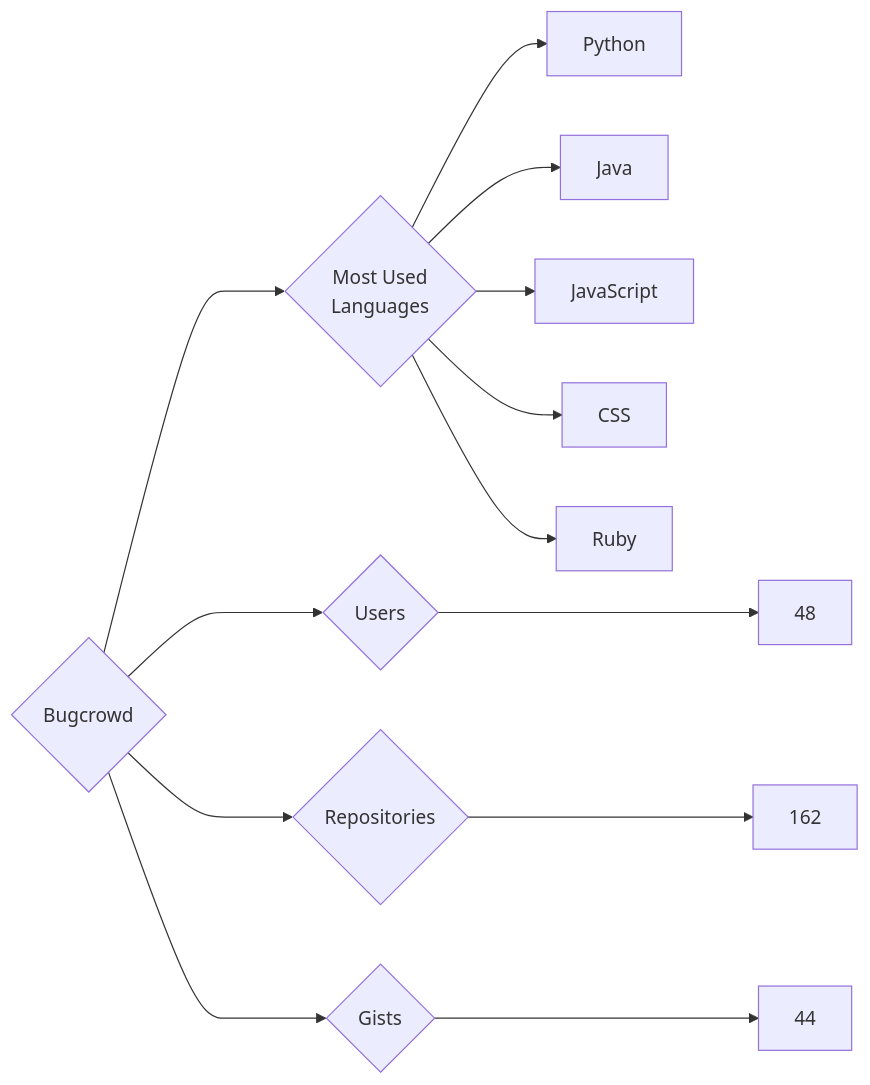
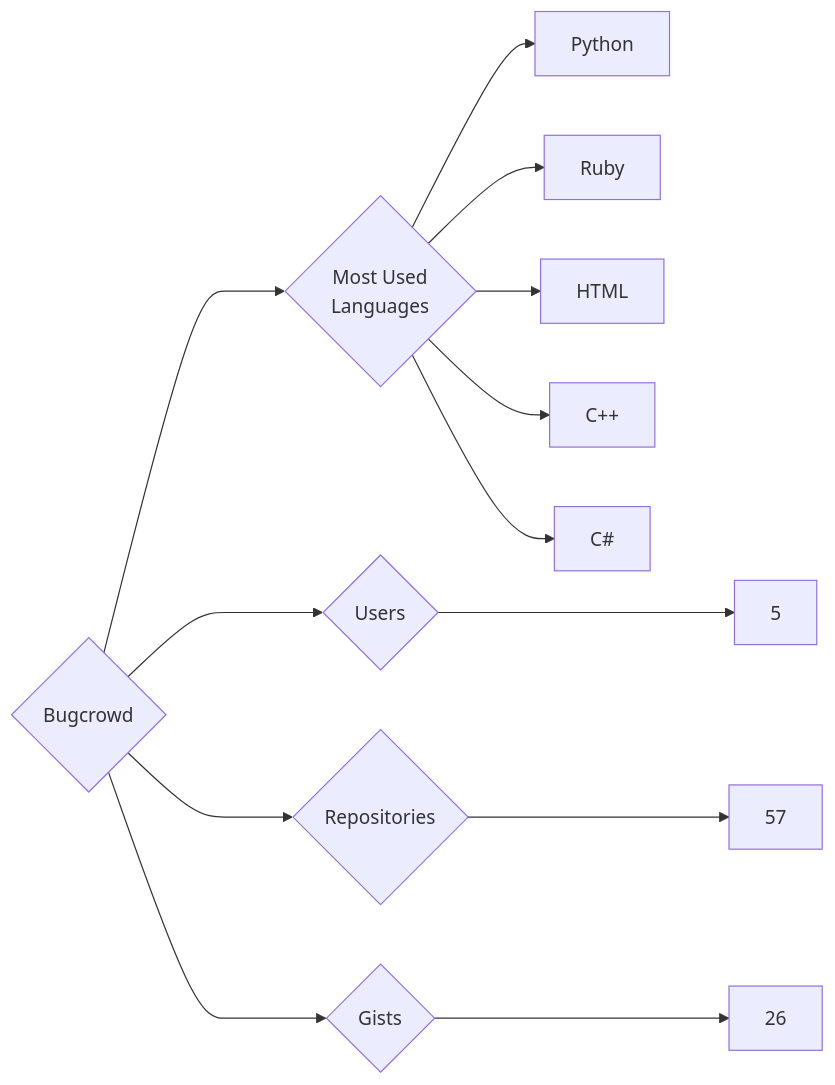
Before and after one commit to trickest/insiders: the diagram in targets/Bugcrowd/README.md, drawn with Mermaid. The commit also changed 930 other files, not shown here.

````diff
--- a/targets/Bugcrowd/README.md
+++ b/targets/Bugcrowd/README.md
@@ -3,13 +3,13 @@
 ```mermaid
 graph LR
 COMPANY_NAME{Bugcrowd}
-COMPANY_NAME ---> U{Users} ---> UN[48]
-COMPANY_NAME ---> R{Repositories} ---> RN[162]
-COMPANY_NAME ---> G{Gists} ---> GN[44]
+COMPANY_NAME ---> U{Users} ---> UN[5]
+COMPANY_NAME ---> R{Repositories} ---> RN[57]
+COMPANY_NAME ---> G{Gists} ---> GN[26]
 COMPANY_NAME ---> ML{Most Used<br>Languages}
 ML --> Python[Python]
-ML --> Java[Java]
-ML --> JavaScript[JavaScript]
-ML --> CSS[CSS]
 ML --> Ruby[Ruby]
+ML --> HTML[HTML]
+ML --> C++[C++]
+ML --> C#[C#]
 ```
````
